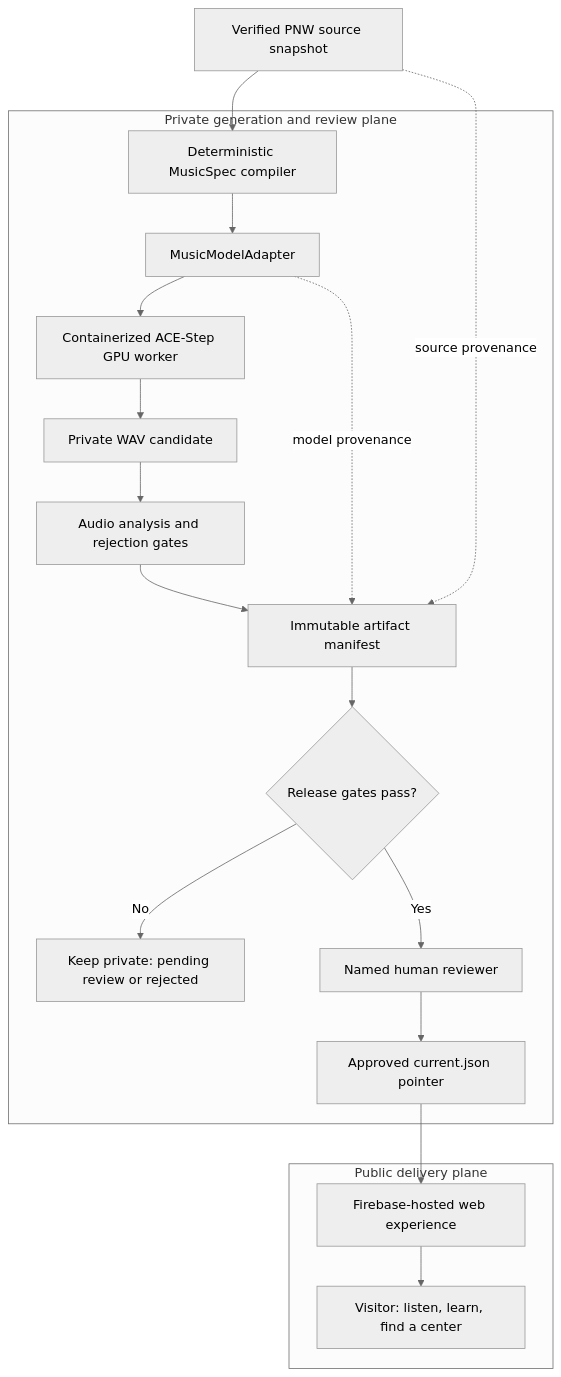
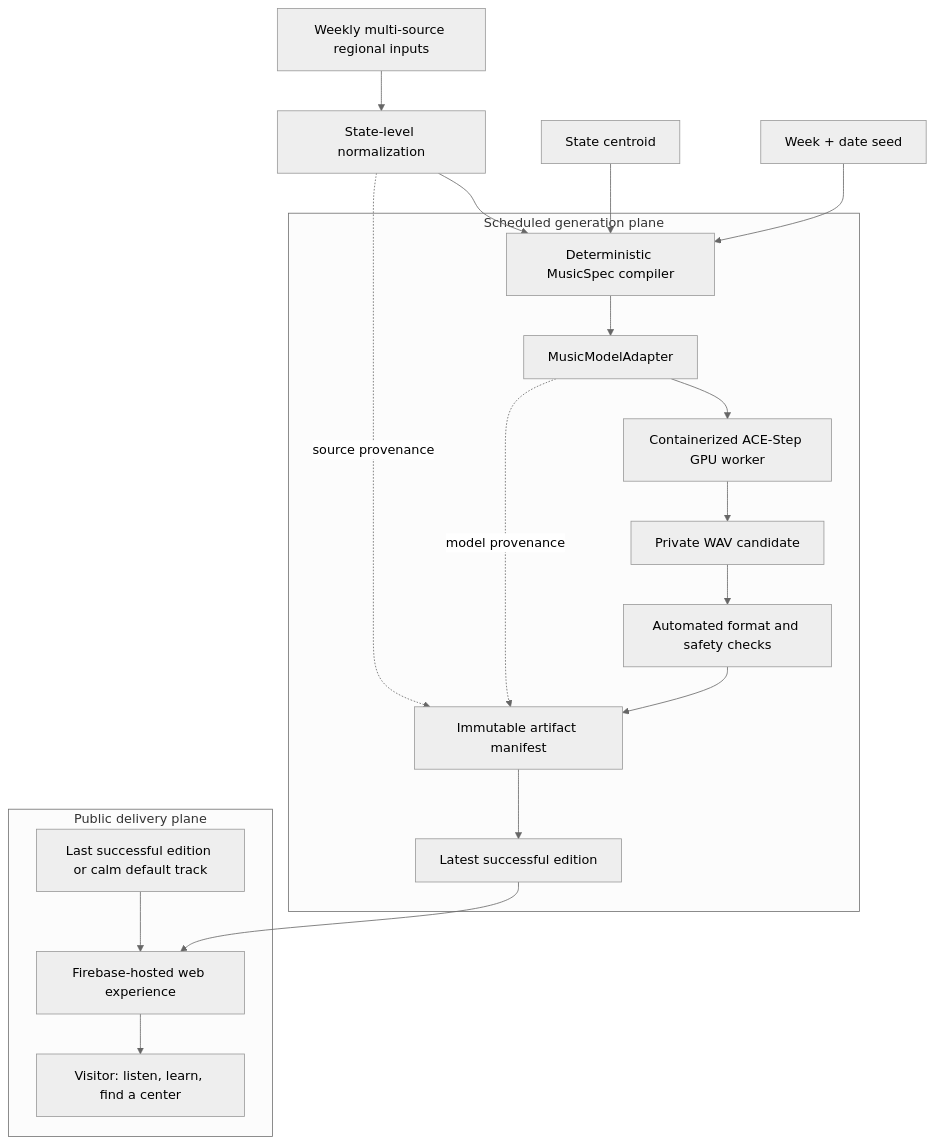
One commit to bhagwatvyas/pulse-of-giving changed the diagram in docs/blog/building-pulse-of-giving.md. Above: the diagram before and after it, drawn with Mermaid (neutral theme). The commit also changed other lines of this file and 7 other files, not shown here.

Commit message:
Publish reviewed music demo and regional pipeline direction

````diff
--- a/docs/blog/building-pulse-of-giving.md
+++ b/docs/blog/building-pulse-of-giving.md
@@ -39,24 +47,25 @@
 ```mermaid
 flowchart TB
-    snapshot[Verified PNW source snapshot] --> compiler[Deterministic MusicSpec compiler]
+    sources[Weekly multi-source regional inputs] --> aggregate[State-level normalization]
+    geography[State centroid] --> compiler[Deterministic MusicSpec compiler]
+    date[Week + date seed] --> compiler
+    aggregate --> compiler
 
-    subgraph private[Private generation and review plane]
+    subgraph private[Scheduled generation plane]
         compiler --> adapter[MusicModelAdapter]
         adapter --> worker[Containerized ACE-Step GPU worker]
         worker --> candidate[Private WAV candidate]
-        candidate --> analysis[Audio analysis and rejection gates]
-        analysis --> manifest[Immutable artifact manifest]
-        manifest --> gate{Release gates pass?}
-        gate -- No --> hold[Keep private: pending review or rejected]
-        gate -- Yes --> reviewer[Named human reviewer]
-        reviewer --> pointer[Approved current.json pointer]
+        candidate --> checks[Automated format and safety checks]
+        checks --> manifest[Immutable artifact manifest]
+        manifest --> pointer[Latest successful edition]
     end
 
     subgraph public[Public delivery plane]
         pointer --> site[Firebase-hosted web experience]
+        fallback[Last successful edition or calm default track] --> site
         site --> listener[Visitor: listen, learn, find a center]
     end
 
-    snapshot -. source provenance .-> manifest
+    aggregate -. source provenance .-> manifest
     adapter -. model provenance .-> manifest
 ```
````
